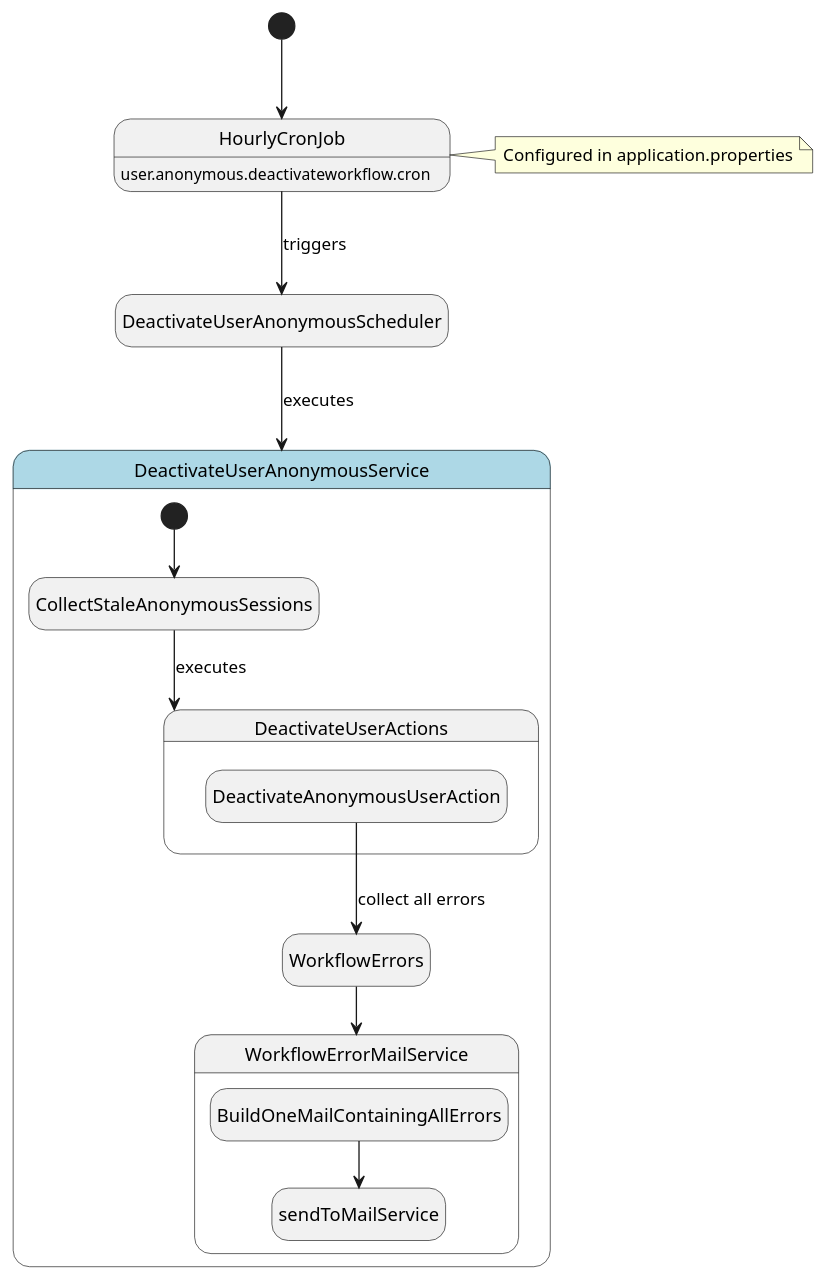
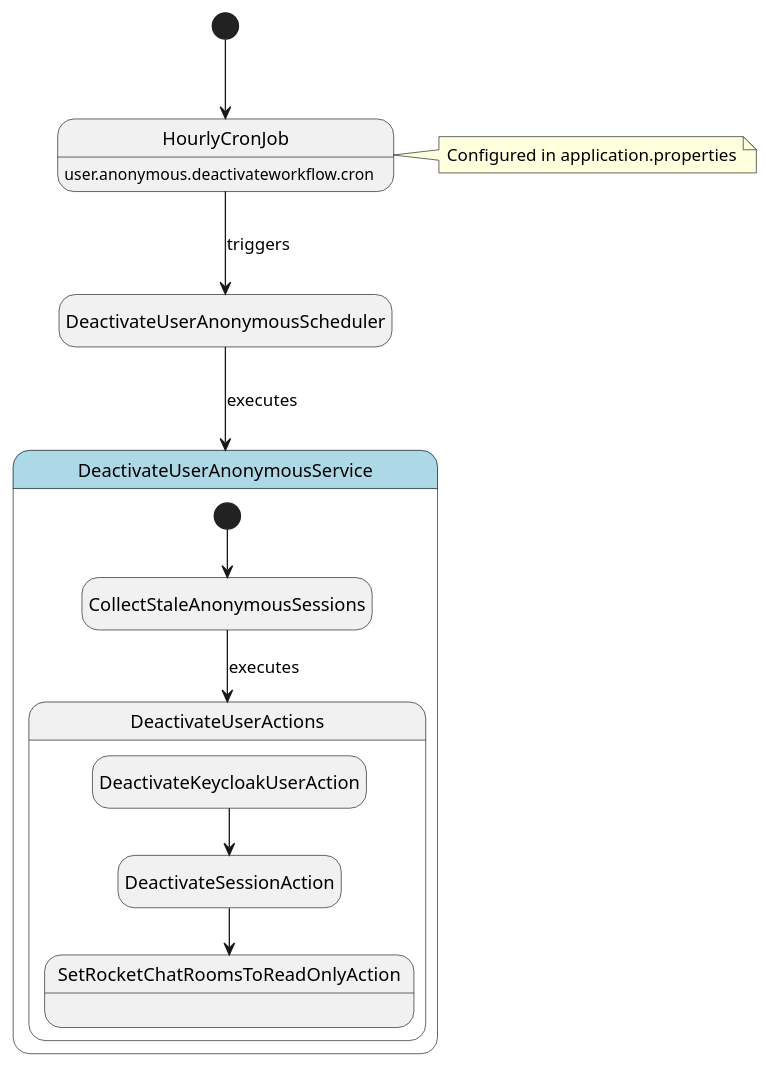
Before and after one commit to Onlineberatung/onlineBeratung-userService: the diagram in documentation/User_Anonymous_Deactivation_Workflow.puml, drawn with PlantUML.

Commit message:
chore: adapt documentation

```diff
--- a/documentation/User_Anonymous_Deactivation_Workflow.puml
+++ b/documentation/User_Anonymous_Deactivation_Workflow.puml
@@ -3,27 +3,24 @@
 @startuml
 hide empty description
 
 [*] --> HourlyCronJob
 
 HourlyCronJob : user.anonymous.deactivateworkflow.cron
 HourlyCronJob --> DeactivateUserAnonymousScheduler : triggers
 
 note right of HourlyCronJob : Configured in application.properties
 
 DeactivateUserAnonymousScheduler --> DeactivateUserAnonymousService : executes
 
 state DeactivateUserAnonymousService #lightblue {
   [*] --> CollectStaleAnonymousSessions
   CollectStaleAnonymousSessions --> DeactivateUserActions : executes
-  WorkflowErrors --> WorkflowErrorMailService
 
   state DeactivateUserActions {
-    DeactivateAnonymousUserAction --> WorkflowErrors : collect all errors
+    DeactivateKeycloakUserAction --> DeactivateSessionAction
+    DeactivateSessionAction --> SetRocketChatRoomsToReadOnlyAction
+    SetRocketChatRoomsToReadOnlyAction:
   }
 }
 
-state WorkflowErrorMailService {
-  BuildOneMailContainingAllErrors --> sendToMailService
-}
-
 @enduml
```
